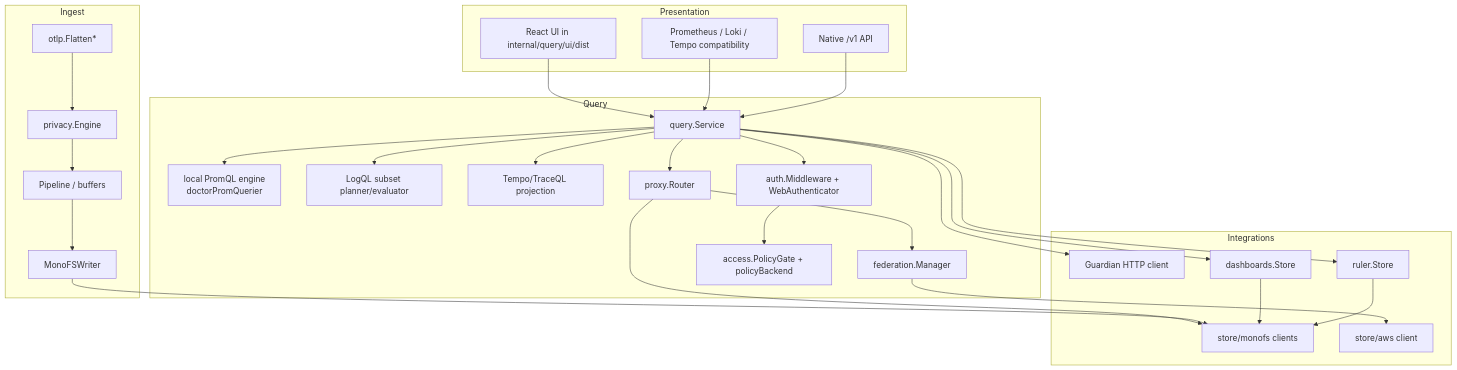
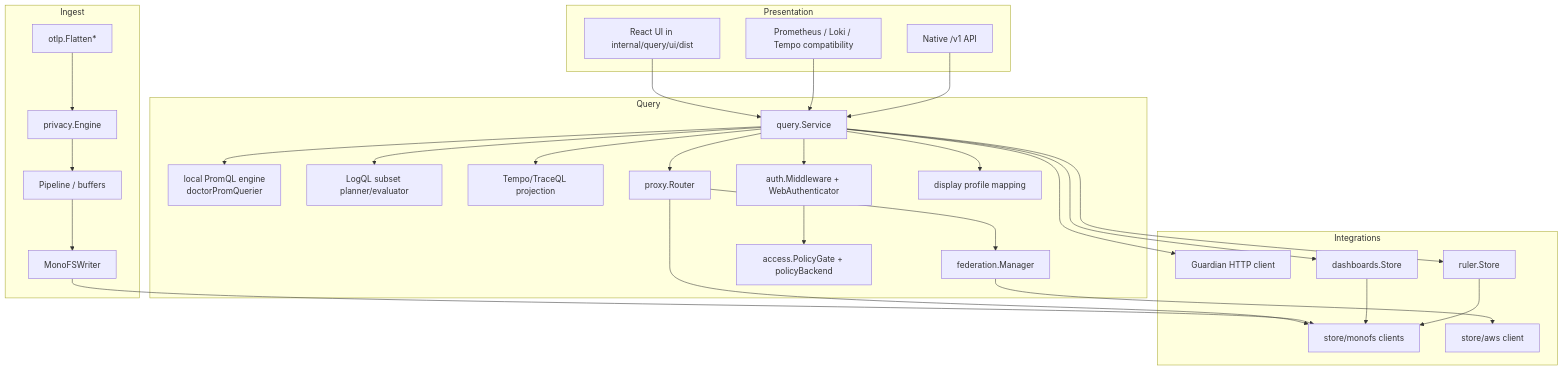
One commit to radryc/doctor changed the second of 3 diagrams in docs/architecture/overview.md. Above: the diagram before and after it, drawn with Mermaid. The commit also changed other lines of this file and 13 other files, not shown here.

````diff
--- a/docs/architecture/overview.md
+++ b/docs/architecture/overview.md
@@ -77,52 +77,54 @@
 ```mermaid
 flowchart TB
   subgraph Presentation
     UI[React UI in internal/query/ui/dist]
     COMPAT[Prometheus / Loki / Tempo compatibility]
     NATIVE[Native /v1 API]
   end
 
   subgraph Query
     SVC[query.Service]
     PROM[local PromQL engine<br/>doctorPromQuerier]
     LOGQL[LogQL subset planner/evaluator]
     TEMPO[Tempo/TraceQL projection]
     ROUTER[proxy.Router]
     FED[federation.Manager]
     POLICY[access.PolicyGate + policyBackend]
     AUTH[auth.Middleware + WebAuthenticator]
+    DISP[display profile mapping]
   end
 
   subgraph Ingest
     OTLP[otlp.Flatten*]
     PRIV[privacy.Engine]
     PIPE[Pipeline / buffers]
     WRITER[MonoFSWriter]
   end
 
   subgraph Integrations
     MFCLIENT[store/monofs clients]
     AWS[store/aws client]
     GUARD[Guardian HTTP client]
     DASH[dashboards.Store]
     RULES[ruler.Store]
   end
 
   UI --> SVC
   COMPAT --> SVC
   NATIVE --> SVC
   SVC --> AUTH --> POLICY
+  SVC --> DISP
   SVC --> PROM
   SVC --> LOGQL
   SVC --> TEMPO
   SVC --> ROUTER
   ROUTER --> FED
   ROUTER --> MFCLIENT
   FED --> AWS
   SVC --> GUARD
   SVC --> DASH
   SVC --> RULES
   OTLP --> PRIV --> PIPE --> WRITER --> MFCLIENT
   DASH --> MFCLIENT
   RULES --> MFCLIENT
 ```
````
